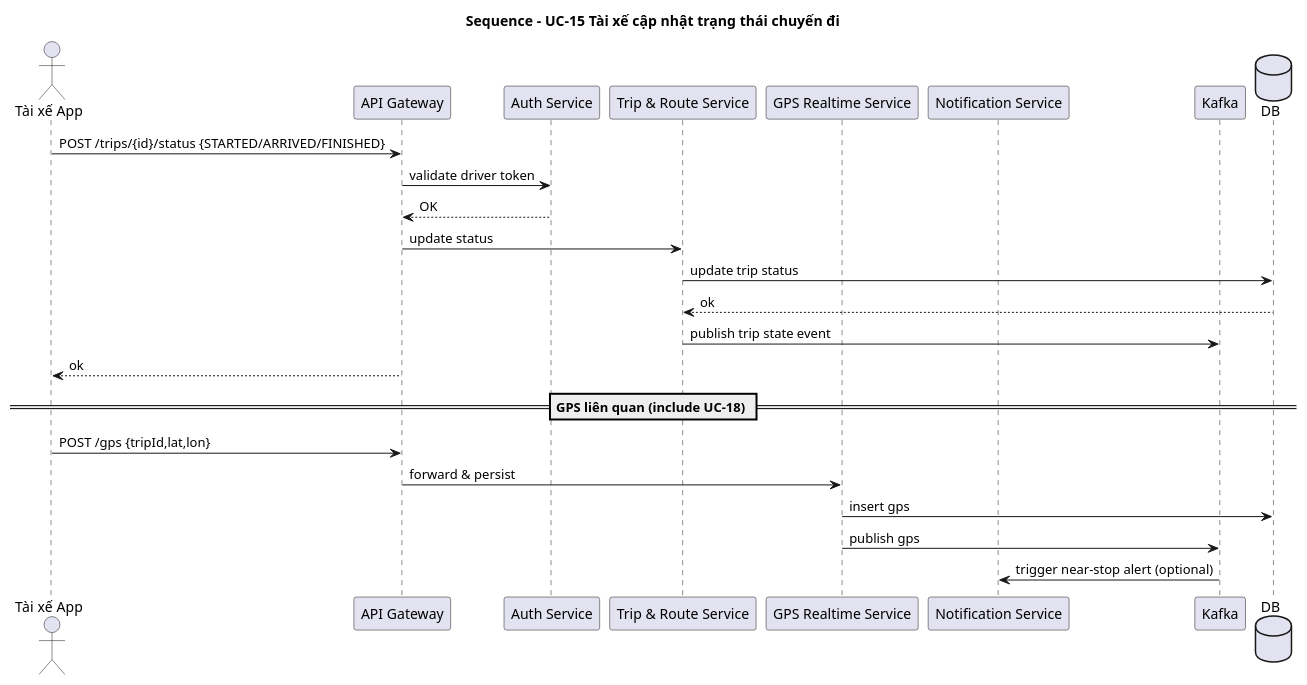
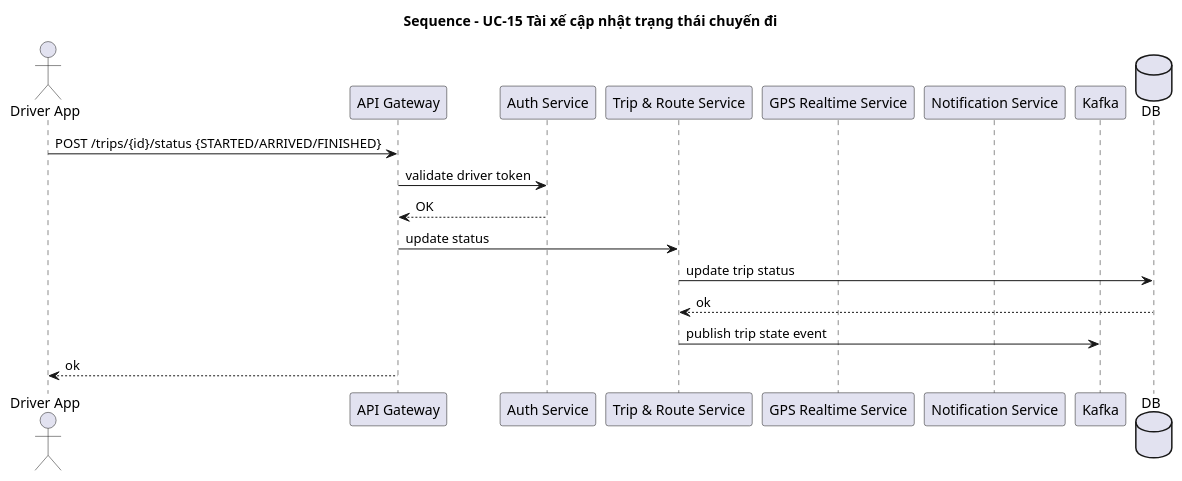
One commit to phuongbv00/hust-bus-stop changed the diagram in docs/uml/sequence/sequence_uc15_driver_update_trip_status.puml. Above: the diagram before and after it, drawn with PlantUML. The commit also changed 5 other files, not shown here.

Commit message:
docs: update diagrams

```diff
--- a/docs/uml/sequence/sequence_uc15_driver_update_trip_status.puml
+++ b/docs/uml/sequence/sequence_uc15_driver_update_trip_status.puml
@@ -1,28 +1,21 @@
 @startuml
 title Sequence - UC-15 Tài xế cập nhật trạng thái chuyến đi
-actor "Tài xế App" as DriverApp
+actor "Driver App" as DriverApp
 participant "API Gateway" as API
 participant "Auth Service" as Auth
 participant "Trip & Route Service" as TripSvc
 participant "GPS Realtime Service" as GPSSvc
 participant "Notification Service" as Notif
 participant "Kafka" as Kafka
 database "DB" as DB
 
 DriverApp -> API : POST /trips/{id}/status {STARTED/ARRIVED/FINISHED}
 API -> Auth : validate driver token
 Auth --> API : OK
 API -> TripSvc : update status
 TripSvc -> DB : update trip status
 DB --> TripSvc : ok
 TripSvc -> Kafka : publish trip state event
 API --> DriverApp : ok
 
-== GPS liên quan (include UC-18) ==
-DriverApp -> API : POST /gps {tripId,lat,lon}
-API -> GPSSvc : forward & persist
-GPSSvc -> DB : insert gps
-GPSSvc -> Kafka : publish gps
-
-Kafka -> Notif : trigger near-stop alert (optional)
 @enduml
```
